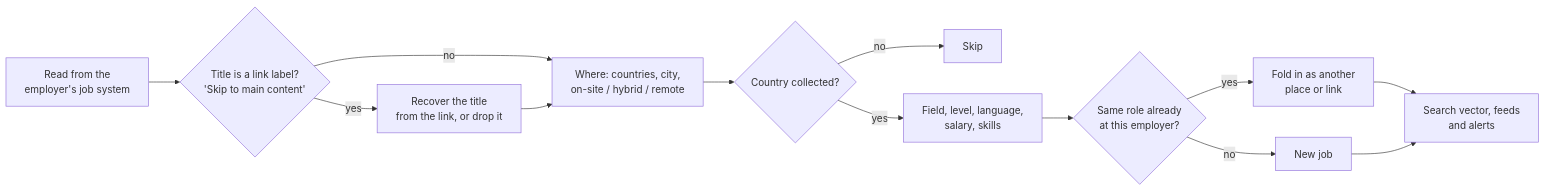
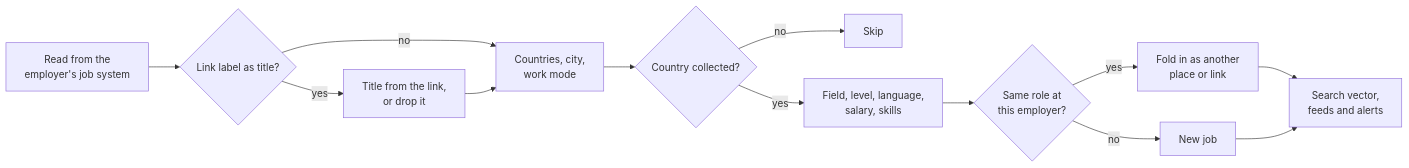
Before and after one commit to emelian-chkaira/ai-career-tracker: the second of 2 diagrams in README.md, drawn with Mermaid. The commit also changed other lines of this file, not shown here.

````diff
--- a/README.md
+++ b/README.md
@@ -151,14 +123,14 @@
 ```mermaid
 flowchart LR
-  R[Read from the<br/>employer's job system] --> T{Title is a link label?<br/>'Skip to main content'}
-  T -- yes --> U[Recover the title<br/>from the link, or drop it]
+  R["Read from the<br/>employer's job system"] --> T{"Link label as title?"}
+  T -- yes --> U["Title from the link,<br/>or drop it"]
   T -- no --> P
-  U --> P[Where: countries, city,<br/>on-site / hybrid / remote]
-  P --> K{Country collected?}
-  K -- no --> X[Skip]
-  K -- yes --> C[Field, level, language,<br/>salary, skills]
-  C --> F{Same role already<br/>at this employer?}
-  F -- yes --> M[Fold in as another<br/>place or link]
-  F -- no --> N[New job]
-  M & N --> E[Search vector, feeds<br/>and alerts]
+  U --> P["Countries, city,<br/>work mode"]
+  P --> K{"Country collected?"}
+  K -- no --> X["Skip"]
+  K -- yes --> C["Field, level, language,<br/>salary, skills"]
+  C --> F{"Same role at<br/>this employer?"}
+  F -- yes --> M["Fold in as another<br/>place or link"]
+  F -- no --> N["New job"]
+  M & N --> E["Search vector,<br/>feeds and alerts"]
 ```
````
